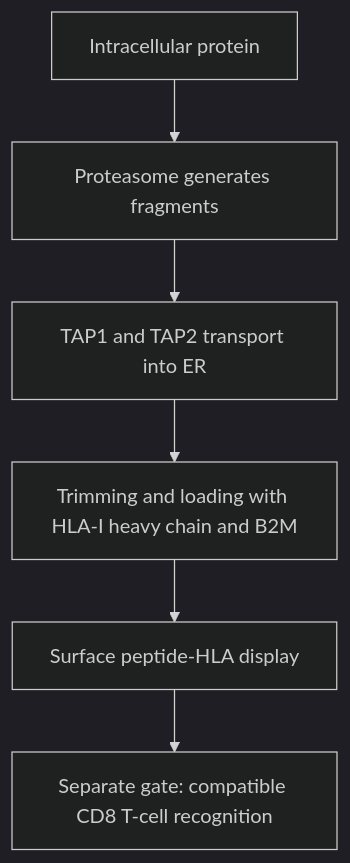
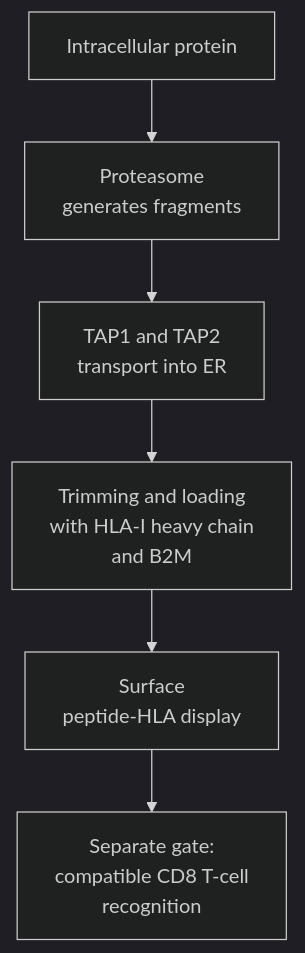
The diagram in wiki/education/concepts/immunology/antigen-presentation/antigen-processing-machinery.md (jasonLaster/oncoguide), drawn with Mermaid (dark theme) before and after one commit. The commit also changed 2 other files, not shown here.

Commit message:
content: sync readable immune-recognition and residual-tumor maps

````diff
--- a/wiki/education/concepts/immunology/antigen-presentation/antigen-processing-machinery.md
+++ b/wiki/education/concepts/immunology/antigen-presentation/antigen-processing-machinery.md
@@ -44,8 +44,8 @@
 ```mermaid
 flowchart TD
-  A[Intracellular protein] --> B[Proteasome generates fragments]
-  B --> C[TAP1 and TAP2 transport into ER]
-  C --> D[Trimming and loading with HLA-I heavy chain and B2M]
-  D --> E[Surface peptide-HLA display]
-  E --> F[Separate gate: compatible CD8 T-cell recognition]
+  A[Intracellular protein] --> B["Proteasome<br/>generates fragments"]
+  B --> C["TAP1 and TAP2<br/>transport into ER"]
+  C --> D["Trimming and loading<br/>with HLA-I heavy chain<br/>and B2M"]
+  D --> E["Surface<br/>peptide-HLA display"]
+  E --> F["Separate gate:<br/>compatible CD8 T-cell<br/>recognition"]
 ```
````
